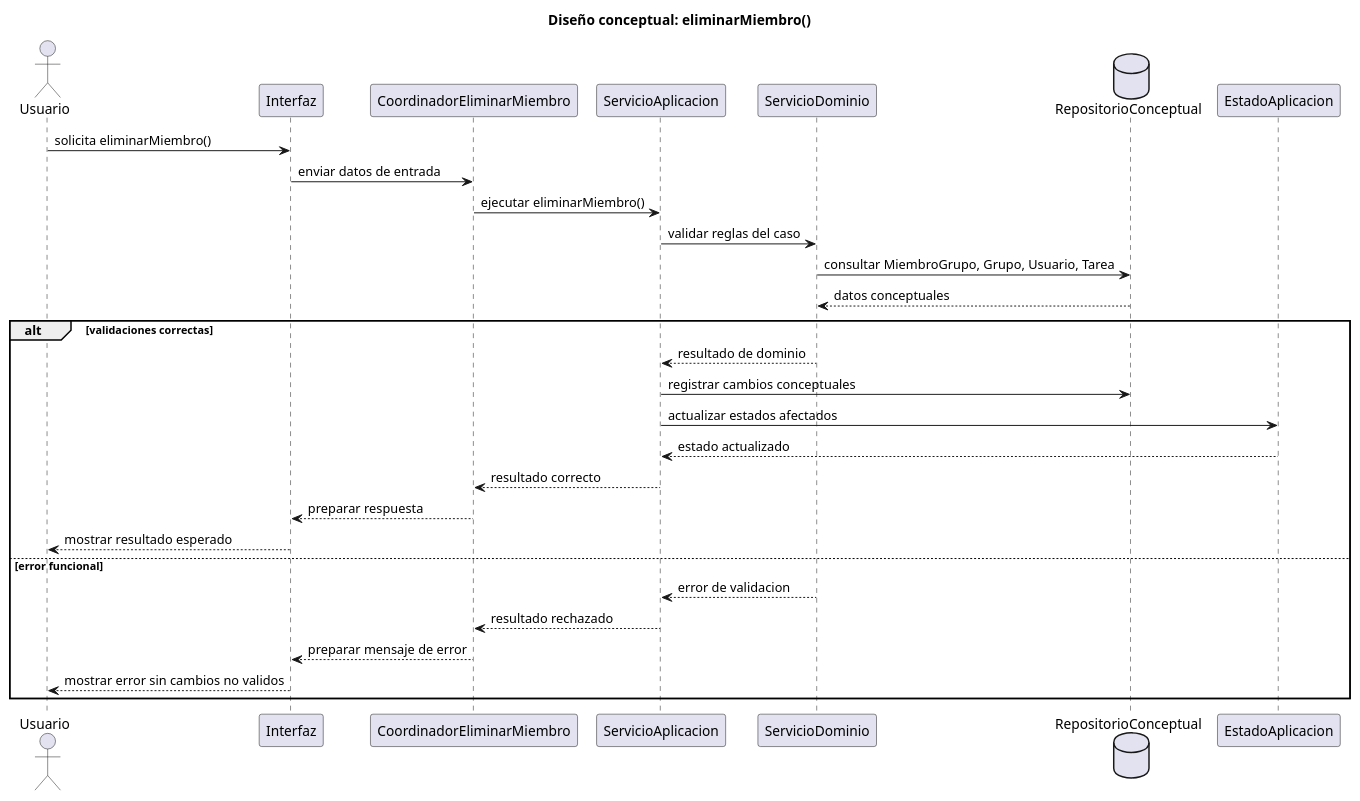
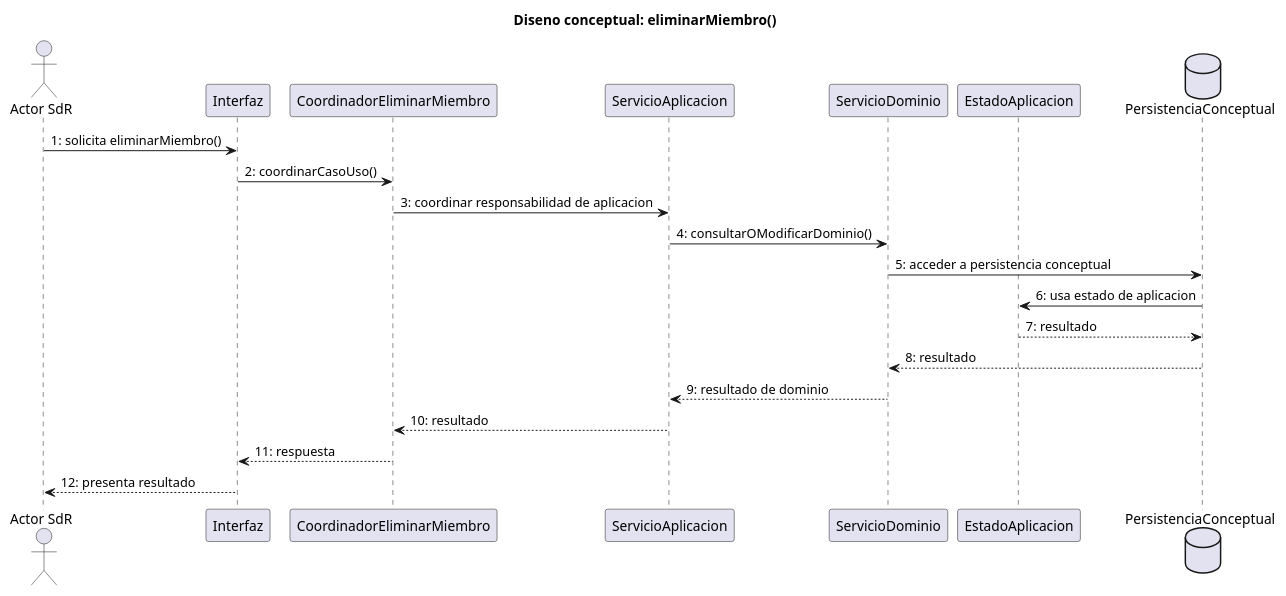
The diagram in documents/RUP/02-diseño/casos-uso/gestion-grupos/eliminarMiembro/README.md (inigovaqueroo04/25-26-idsw2-sdVC), drawn with PlantUML before and after one commit. The commit also changed other lines of this file and 24 other files, not shown here.

Commit message:
docs: validar trazabilidad integral de diseno

````diff
--- a/documents/RUP/02-diseño/casos-uso/gestion-grupos/eliminarMiembro/README.md
+++ b/documents/RUP/02-diseño/casos-uso/gestion-grupos/eliminarMiembro/README.md
@@ -86,36 +85,27 @@
 ```plantuml
 @startuml eliminarMiembro-diseno-secuencia
-title Diseño conceptual: eliminarMiembro()
+title Diseno conceptual: eliminarMiembro()
 
-actor "Usuario" as Usuario
+actor "Actor SdR" as Actor
 participant "Interfaz" as Interfaz
 participant "CoordinadorEliminarMiembro" as Coordinador
 participant "ServicioAplicacion" as ServicioAplicacion
 participant "ServicioDominio" as ServicioDominio
-database "RepositorioConceptual" as Repositorio
 participant "EstadoAplicacion" as EstadoAplicacion
+database "PersistenciaConceptual" as Persistencia
 
-Usuario -> Interfaz : solicita eliminarMiembro()
-Interfaz -> Coordinador : enviar datos de entrada
-Coordinador -> ServicioAplicacion : ejecutar eliminarMiembro()
-ServicioAplicacion -> ServicioDominio : validar reglas del caso
-ServicioDominio -> Repositorio : consultar MiembroGrupo, Grupo, Usuario, Tarea
-Repositorio --> ServicioDominio : datos conceptuales
-
-alt validaciones correctas
-  ServicioDominio --> ServicioAplicacion : resultado de dominio
-  ServicioAplicacion -> Repositorio : registrar cambios conceptuales
-  ServicioAplicacion -> EstadoAplicacion : actualizar estados afectados
-  EstadoAplicacion --> ServicioAplicacion : estado actualizado
-  ServicioAplicacion --> Coordinador : resultado correcto
-  Coordinador --> Interfaz : preparar respuesta
-  Interfaz --> Usuario : mostrar resultado esperado
-else error funcional
-  ServicioDominio --> ServicioAplicacion : error de validacion
-  ServicioAplicacion --> Coordinador : resultado rechazado
-  Coordinador --> Interfaz : preparar mensaje de error
-  Interfaz --> Usuario : mostrar error sin cambios no validos
-end
+Actor -> Interfaz : 1: solicita eliminarMiembro()
+Interfaz -> Coordinador : 2: coordinarCasoUso()
+Coordinador -> ServicioAplicacion : 3: coordinar responsabilidad de aplicacion
+ServicioAplicacion -> ServicioDominio : 4: consultarOModificarDominio()
+ServicioDominio -> Persistencia : 5: acceder a persistencia conceptual
+Persistencia -> EstadoAplicacion : 6: usa estado de aplicacion
+EstadoAplicacion --> Persistencia : 7: resultado
+Persistencia --> ServicioDominio : 8: resultado
+ServicioDominio --> ServicioAplicacion : 9: resultado de dominio
+ServicioAplicacion --> Coordinador : 10: resultado
+Coordinador --> Interfaz : 11: respuesta
+Interfaz --> Actor : 12: presenta resultado
 
 @enduml
 ```
````
